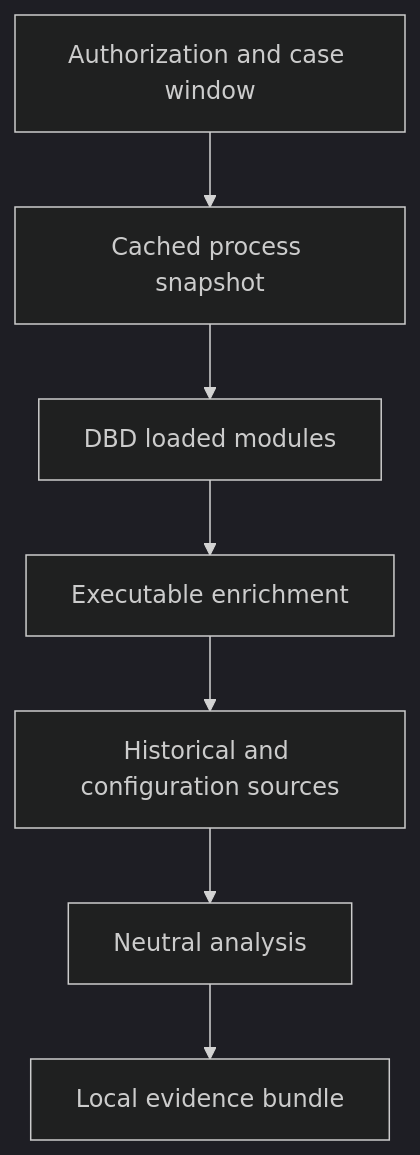
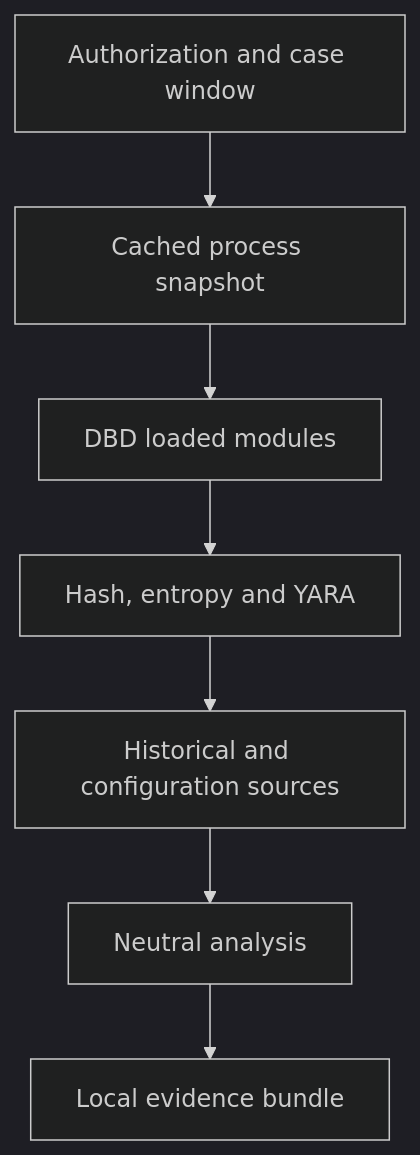
Before and after one commit to kaankutluturk/dbdr-pc-check: the diagram in docs/architecture.md, drawn with Mermaid (dark theme). The commit also changed other lines of this file and 28 other files, not shown here.

````diff
--- a/docs/architecture.md
+++ b/docs/architecture.md
@@ -14,9 +15,9 @@
 ```mermaid
 flowchart TD
     A[Authorization and case window] --> B[Cached process snapshot]
     B --> C[DBD loaded modules]
-    C --> D[Executable enrichment]
+    C --> D[Hash, entropy and YARA]
     D --> E[Historical and configuration sources]
     E --> F[Neutral analysis]
     F --> G[Local evidence bundle]
 ```
````
